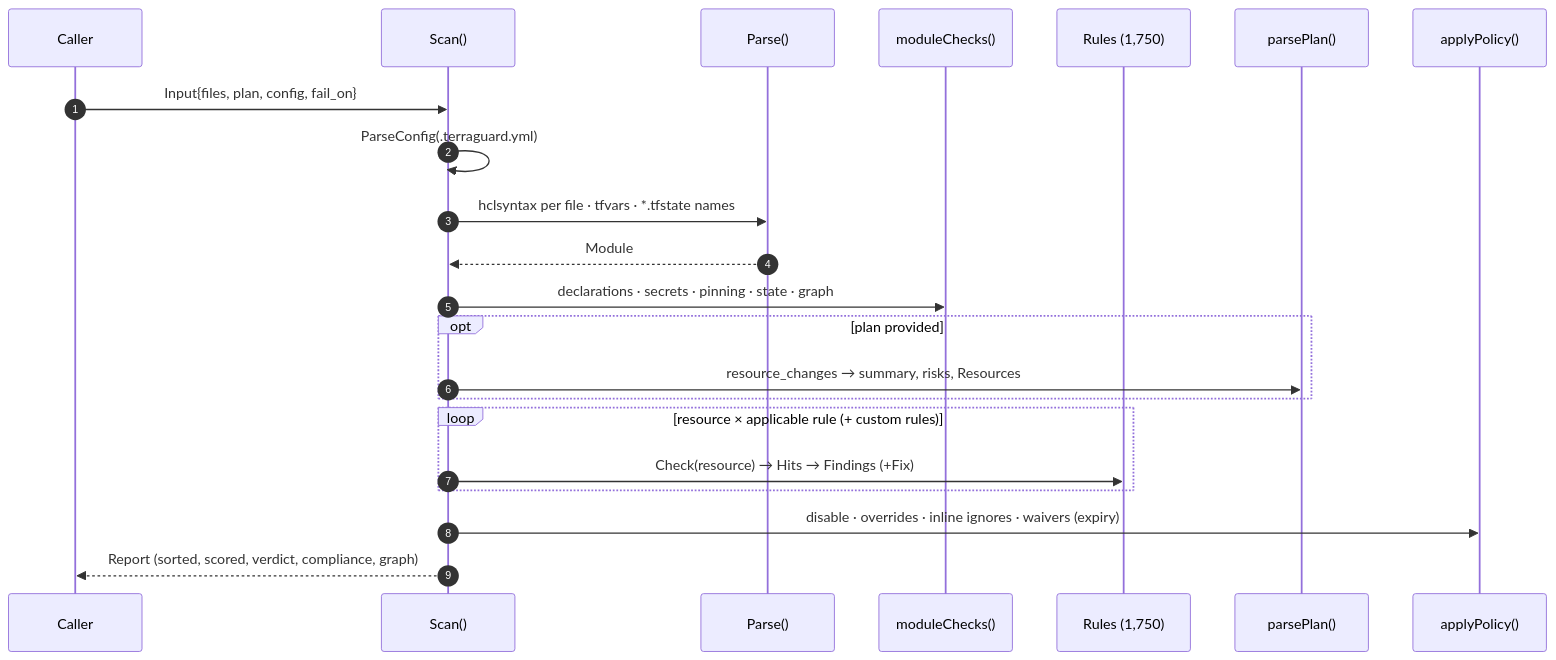
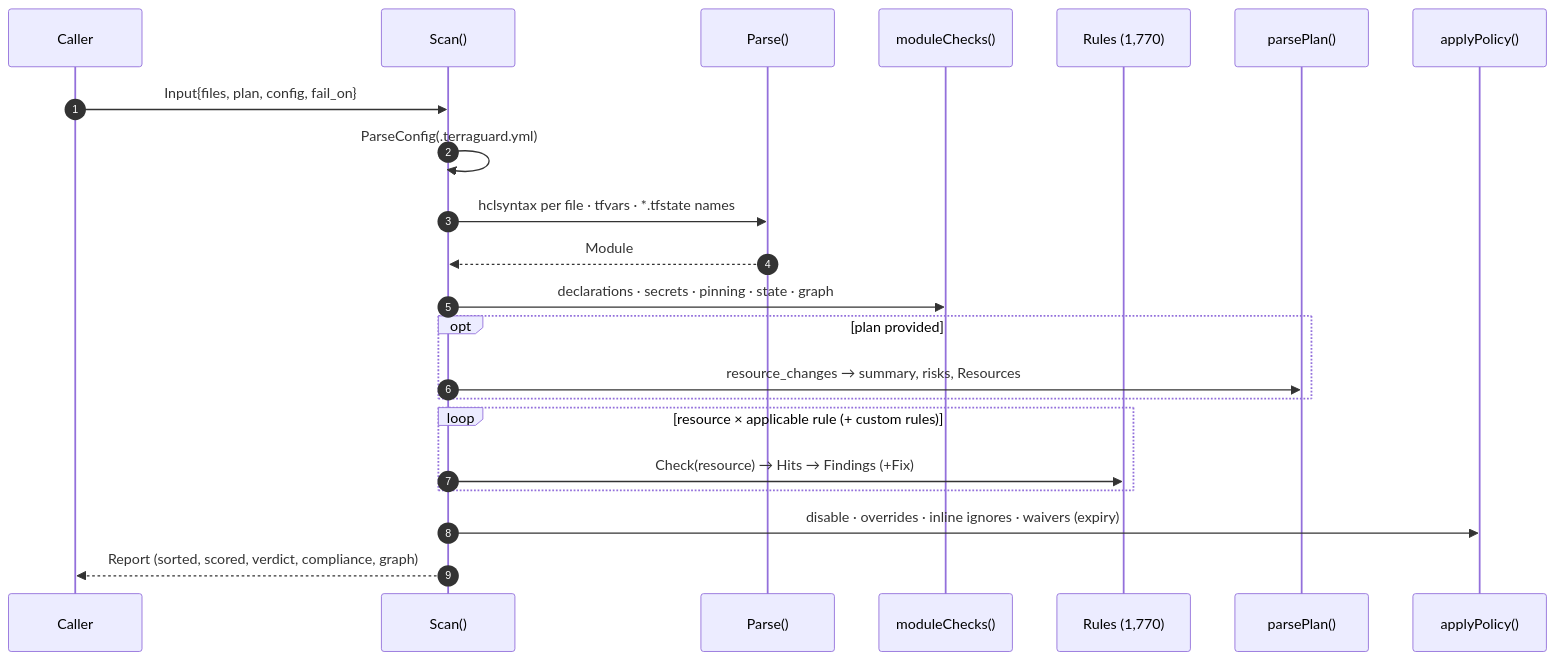
The sixth of 13 diagrams in docs/ARCHITECTURE.md (Karthik-099/TERRAGUARD), drawn with Mermaid before and after one commit. The commit also changed other lines of this file and 64 other files, not shown here.

````diff
--- a/docs/ARCHITECTURE.md
+++ b/docs/ARCHITECTURE.md
@@ -259,24 +259,24 @@
 ```mermaid
 sequenceDiagram
   autonumber
   participant C as Caller
   participant S as Scan()
   participant P as Parse()
   participant MC as moduleChecks()
-  participant RR as Rules (1,750)
+  participant RR as Rules (1,770)
   participant PL as parsePlan()
   participant PO as applyPolicy()
   C->>S: Input{files, plan, config, fail_on}
   S->>S: ParseConfig(.terraguard.yml)
   S->>P: hclsyntax per file · tfvars · *.tfstate names
   P-->>S: Module
   S->>MC: declarations · secrets · pinning · state · graph
   opt plan provided
     S->>PL: resource_changes → summary, risks, Resources
   end
   loop resource × applicable rule (+ custom rules)
     S->>RR: Check(resource) → Hits → Findings (+Fix)
   end
   S->>PO: disable · overrides · inline ignores · waivers (expiry)
   S-->>C: Report (sorted, scored, verdict, compliance, graph)
 ```
````
